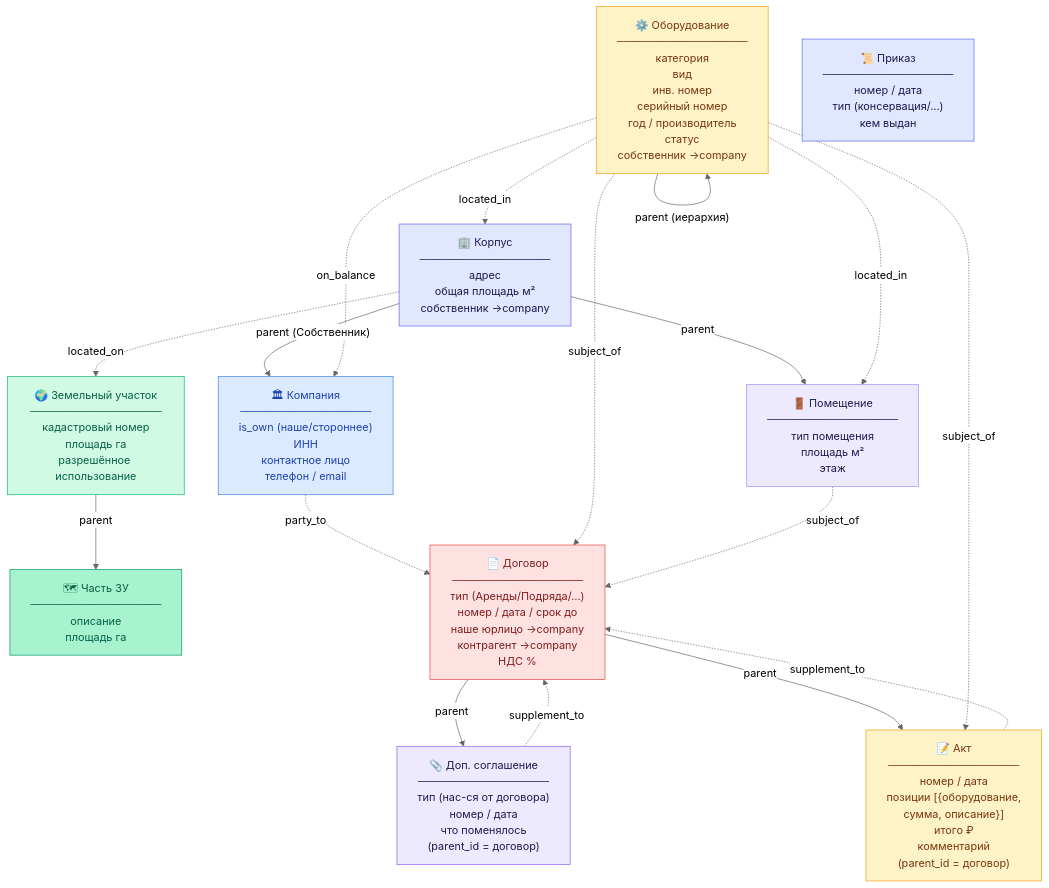
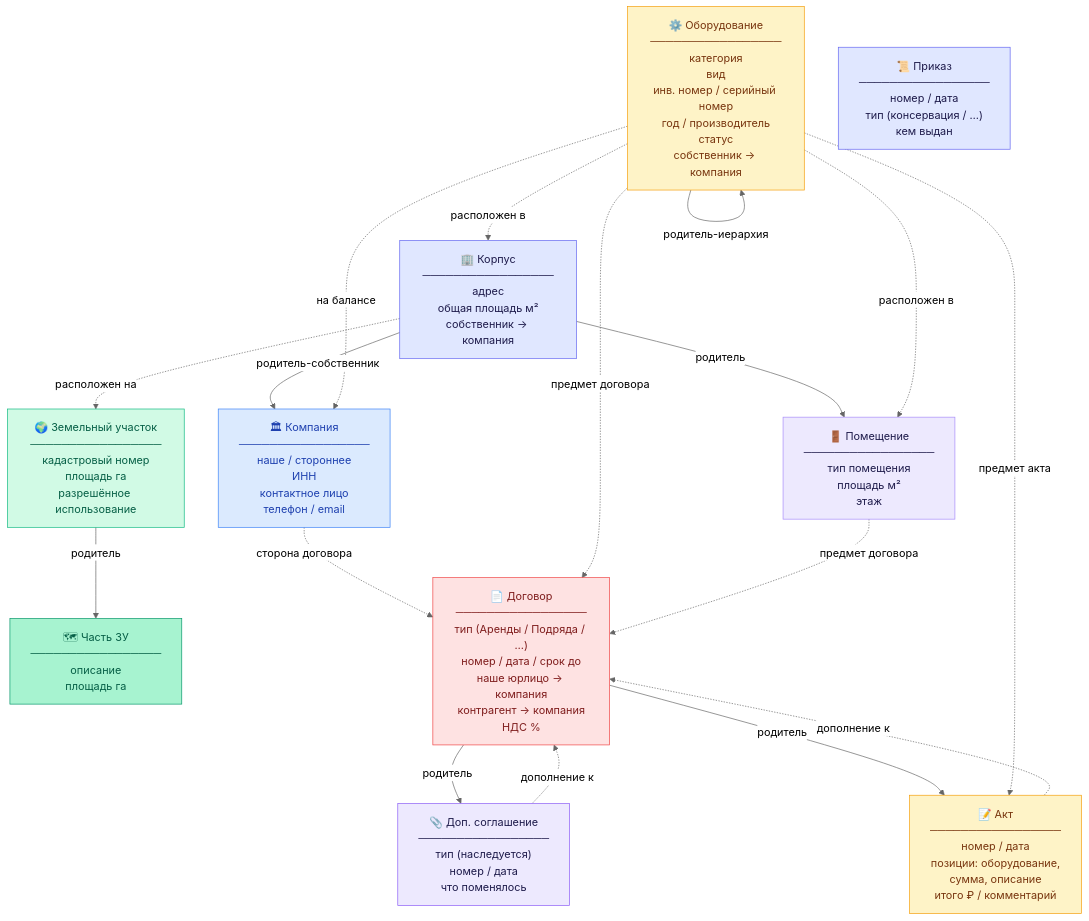
One commit to ValentinaArta/IndParkDocs changed the second of 2 diagrams in ER.md. Above: the diagram before and after it, drawn with Mermaid (neutral theme). The commit also changed other lines of this file, not shown here.

Commit message:
docs: ER schema — полный перевод на русский

````diff
--- a/ER.md
+++ b/ER.md
@@ -70,50 +69,50 @@
 ```mermaid
 graph TD
     %% ─── ТЕРРИТОРИЯ ───────────────────────────────
     LP["🌍 Земельный участок<br/>─────────────────<br/>кадастровый номер<br/>площадь га<br/>разрешённое использование"]
     LPP["🗺 Часть ЗУ<br/>─────────────────<br/>описание<br/>площадь га"]
-    BLD["🏢 Корпус<br/>─────────────────<br/>адрес<br/>общая площадь м²<br/>собственник →company"]
+    BLD["🏢 Корпус<br/>─────────────────<br/>адрес<br/>общая площадь м²<br/>собственник → компания"]
     RM["🚪 Помещение<br/>─────────────────<br/>тип помещения<br/>площадь м²<br/>этаж"]
-    EQ["⚙️ Оборудование<br/>─────────────────<br/>категория<br/>вид<br/>инв. номер<br/>серийный номер<br/>год / производитель<br/>статус<br/>собственник →company"]
+    EQ["⚙️ Оборудование<br/>─────────────────<br/>категория<br/>вид<br/>инв. номер / серийный номер<br/>год / производитель<br/>статус<br/>собственник → компания"]
 
     %% ─── КОМПАНИИ ─────────────────────────────────
-    CO["🏛 Компания<br/>─────────────────<br/>is_own (наше/стороннее)<br/>ИНН<br/>контактное лицо<br/>телефон / email"]
+    CO["🏛 Компания<br/>─────────────────<br/>наше / стороннее<br/>ИНН<br/>контактное лицо<br/>телефон / email"]
 
     %% ─── ДОКУМЕНТЫ ────────────────────────────────
-    CT["📄 Договор<br/>─────────────────<br/>тип (Аренды/Подряда/…)<br/>номер / дата / срок до<br/>наше юрлицо →company<br/>контрагент →company<br/>НДС %"]
-    SP["📎 Доп. соглашение<br/>─────────────────<br/>тип (нас-ся от договора)<br/>номер / дата<br/>что поменялось<br/>(parent_id = договор)"]
-    ACT["📝 Акт<br/>─────────────────<br/>номер / дата<br/>позиции [{оборудование,<br/>сумма, описание}]<br/>итого ₽<br/>комментарий<br/>(parent_id = договор)"]
-    ORD["📜 Приказ<br/>─────────────────<br/>номер / дата<br/>тип (консервация/…)<br/>кем выдан"]
+    CT["📄 Договор<br/>─────────────────<br/>тип (Аренды / Подряда / …)<br/>номер / дата / срок до<br/>наше юрлицо → компания<br/>контрагент → компания<br/>НДС %"]
+    SP["📎 Доп. соглашение<br/>─────────────────<br/>тип (наследуется)<br/>номер / дата<br/>что поменялось"]
+    ACT["📝 Акт<br/>─────────────────<br/>номер / дата<br/>позиции: оборудование,<br/>сумма, описание<br/>итого ₽ / комментарий"]
+    ORD["📜 Приказ<br/>─────────────────<br/>номер / дата<br/>тип (консервация / …)<br/>кем выдан"]
 
-    %% ─── parent_id иерархия ───────────────────────
-    LP  -->|"parent"| LPP
-    BLD -->|"parent (Собственник)"| CO
-    BLD -->|"parent"| RM
-    EQ  -->|"parent (иерархия)"| EQ
-    CT  -->|"parent"| SP
-    CT  -->|"parent"| ACT
+    %% ─── Иерархия родитель → потомок ─────────────
+    LP  -->|"родитель"| LPP
+    BLD -->|"родитель-собственник"| CO
+    BLD -->|"родитель"| RM
+    EQ  -->|"родитель-иерархия"| EQ
+    CT  -->|"родитель"| SP
+    CT  -->|"родитель"| ACT
 
-    %% ─── Связи (relations table) ──────────────────
-    BLD -.->|"located_on"| LP
-    EQ  -.->|"located_in"| BLD
-    EQ  -.->|"located_in"| RM
-    CO  -.->|"party_to"| CT
-    EQ  -.->|"subject_of"| CT
-    RM  -.->|"subject_of"| CT
-    EQ  -.->|"subject_of"| ACT
-    SP  -.->|"supplement_to"| CT
-    ACT -.->|"supplement_to"| CT
-    EQ  -.->|"on_balance"| CO
+    %% ─── Связи (таблица relations) ────────────────
+    BLD -.->|"расположен на"| LP
+    EQ  -.->|"расположен в"| BLD
+    EQ  -.->|"расположен в"| RM
+    CO  -.->|"сторона договора"| CT
+    EQ  -.->|"предмет договора"| CT
+    RM  -.->|"предмет договора"| CT
+    EQ  -.->|"предмет акта"| ACT
+    SP  -.->|"дополнение к"| CT
+    ACT -.->|"дополнение к"| CT
+    EQ  -.->|"на балансе"| CO
 
     %% ─── Стили ────────────────────────────────────
     style LP  fill:#d1fae5,stroke:#10B981,color:#065f46
     style LPP fill:#a7f3d0,stroke:#059669,color:#065f46
     style BLD fill:#e0e7ff,stroke:#6366F1,color:#1e1b4b
     style RM  fill:#ede9fe,stroke:#A78BFA,color:#1e1b4b
     style EQ  fill:#fef3c7,stroke:#F59E0B,color:#78350f
     style CO  fill:#dbeafe,stroke:#3B82F6,color:#1e40af
     style CT  fill:#fee2e2,stroke:#EF4444,color:#7f1d1d
     style SP  fill:#ede9fe,stroke:#8B5CF6,color:#1e1b4b
     style ACT fill:#fef3c7,stroke:#F59E0B,color:#78350f
     style ORD fill:#e0e7ff,stroke:#6366F1,color:#1e1b4b
 ```
````
